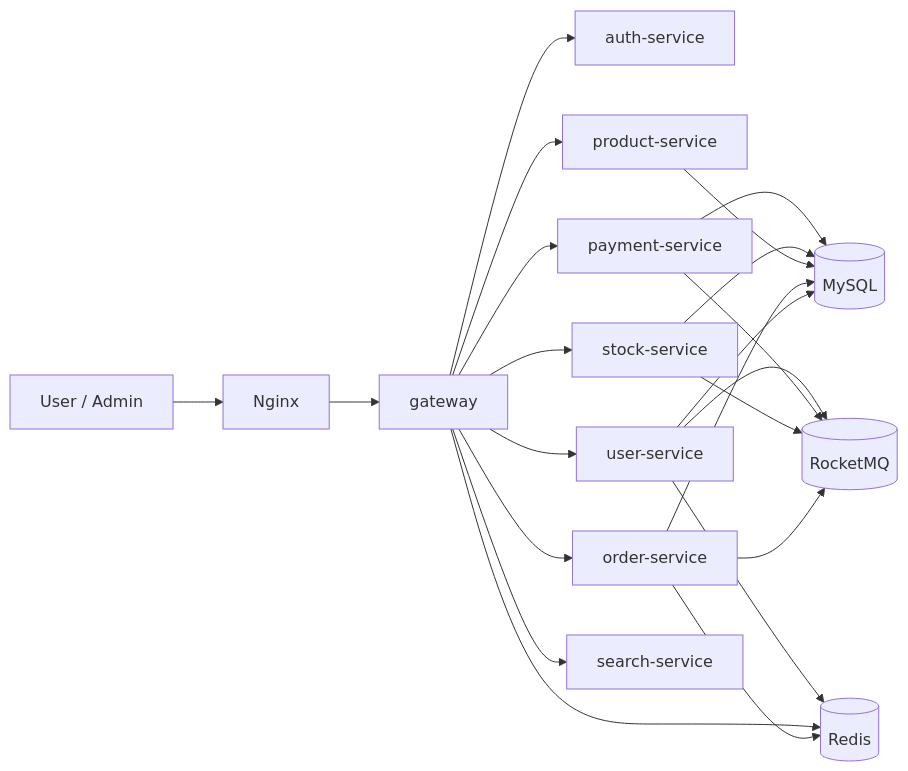
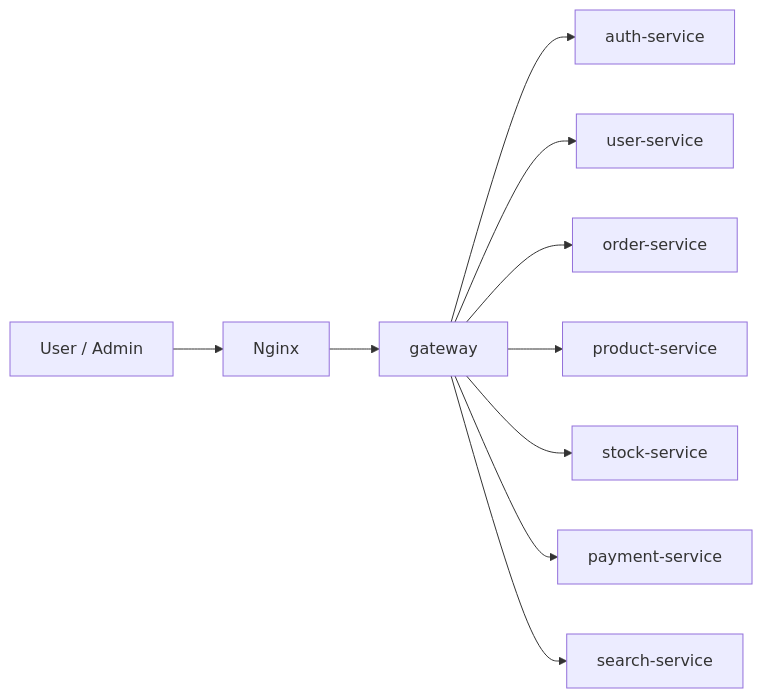
One commit to USERON8/cloud changed the first of 2 diagrams in README.md. Above: the diagram before and after it, drawn with Mermaid. The commit also changed other lines of this file and 2 other files, not shown here.

````diff
--- a/README.md
+++ b/README.md
@@ -162,27 +153,12 @@
 ```mermaid
 flowchart LR
     U[User / Admin] --> N[Nginx]
     N --> G[gateway]
     G --> A[auth-service]
     G --> US[user-service]
     G --> OS[order-service]
     G --> PS[product-service]
     G --> SS[stock-service]
     G --> PAY[payment-service]
     G --> SE[search-service]
-
-    US --> M[(MySQL)]
-    OS --> M
-    PS --> M
-    SS --> M
-    PAY --> M
-
-    OS --> R[(RocketMQ)]
-    SS --> R
-    PAY --> R
-    US --> R
-
-    OS --> RD[(Redis)]
-    G --> RD
-    US --> RD
 ```
````
